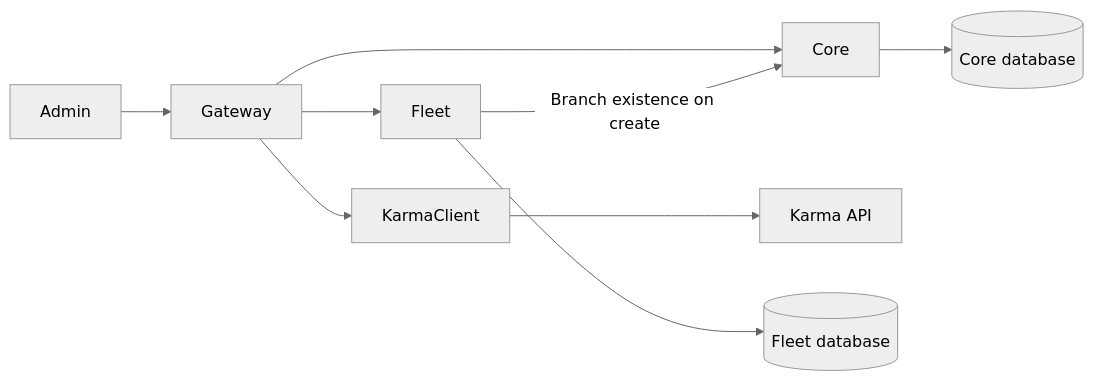
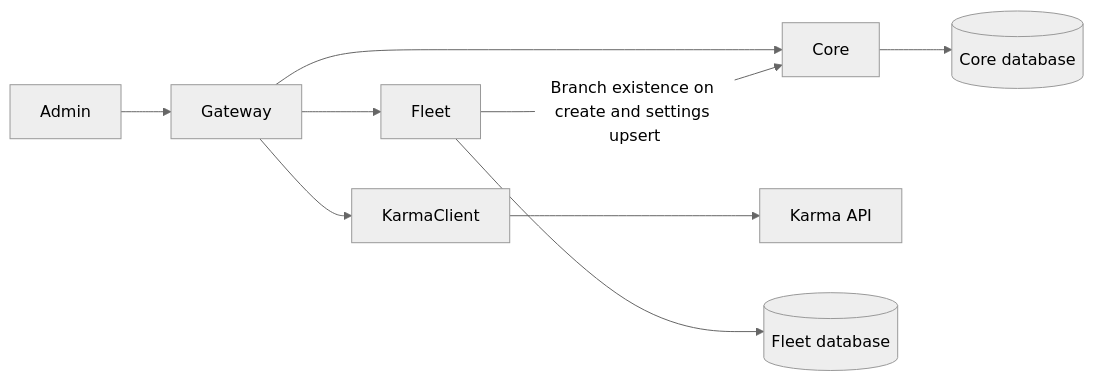
One commit to agavazov/holita changed the diagram in docs/architecture/overview.md. Above: the diagram before and after it, drawn with Mermaid (neutral theme). The commit also changed other lines of this file and 456 other files, not shown here.

````diff
--- a/docs/architecture/overview.md
+++ b/docs/architecture/overview.md
@@ -48,11 +52,11 @@
 ```mermaid
 flowchart LR
   Admin --> Gateway
   Gateway --> Core
   Gateway --> Fleet
   Gateway --> KarmaClient
   KarmaClient --> KarmaAPI[Karma API]
   Core --> CoreDB[(Core database)]
   Fleet --> FleetDB[(Fleet database)]
-  Fleet -->|Branch existence on create| Core
+  Fleet -->|Branch existence on create and settings upsert| Core
 ```
````
